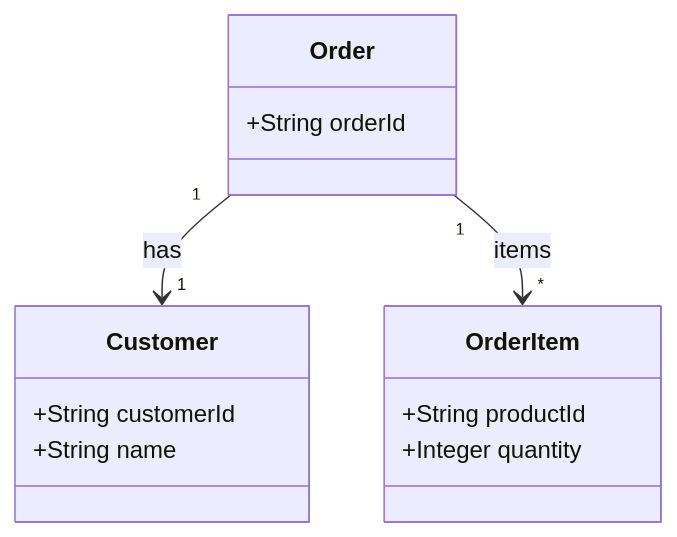
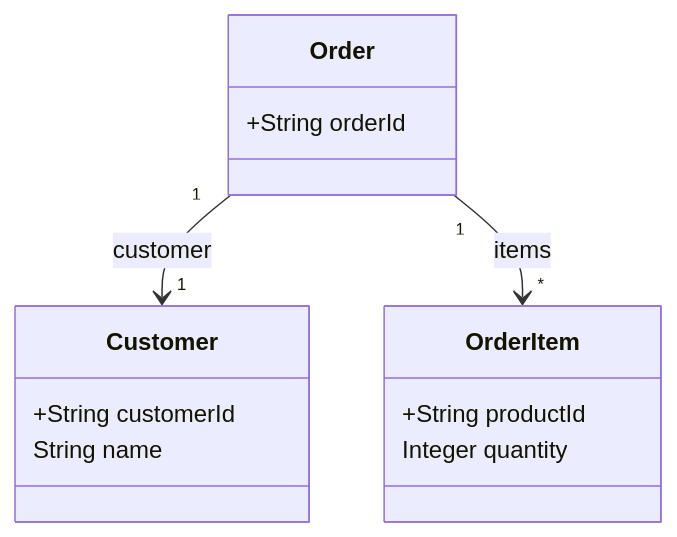
One commit to flemming-n-larsen/JSONSchema-to-Mermaid changed the third of 6 diagrams in README.md. Above: the diagram before and after it, drawn with Mermaid. The commit also changed other lines of this file and 4 other files, not shown here.

Commit message:
Enhance MermaidGenerator to support required property markers and improve schema processing

````diff
--- a/README.md
+++ b/README.md
@@ -118,17 +107,17 @@
 ```mermaid
 classDiagram
   class Order {
     +String orderId
   }
   class Customer {
     +String customerId
-    +String name
+    String name
   }
   class OrderItem {
     +String productId
-    +Integer quantity
+    Integer quantity
   }
 
-  Order "1" --> "1" Customer : has
+  Order "1" --> "1" Customer : customer
   Order "1" --> "*" OrderItem : items
 ```
````
